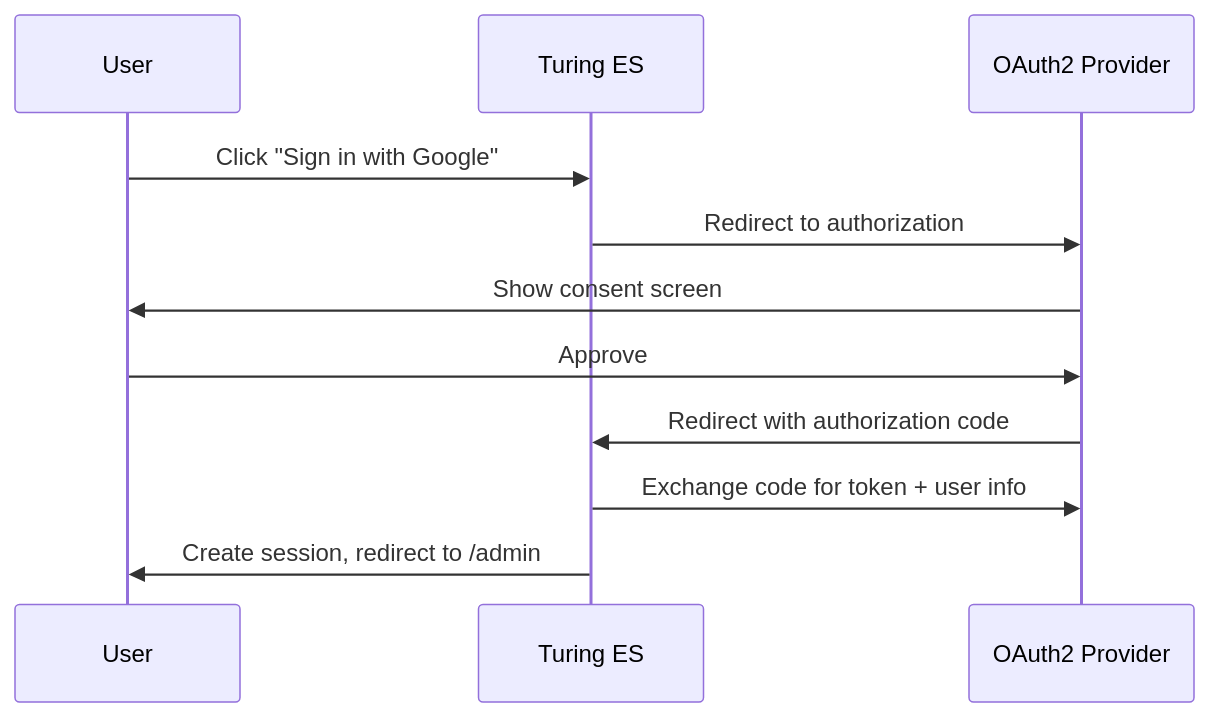
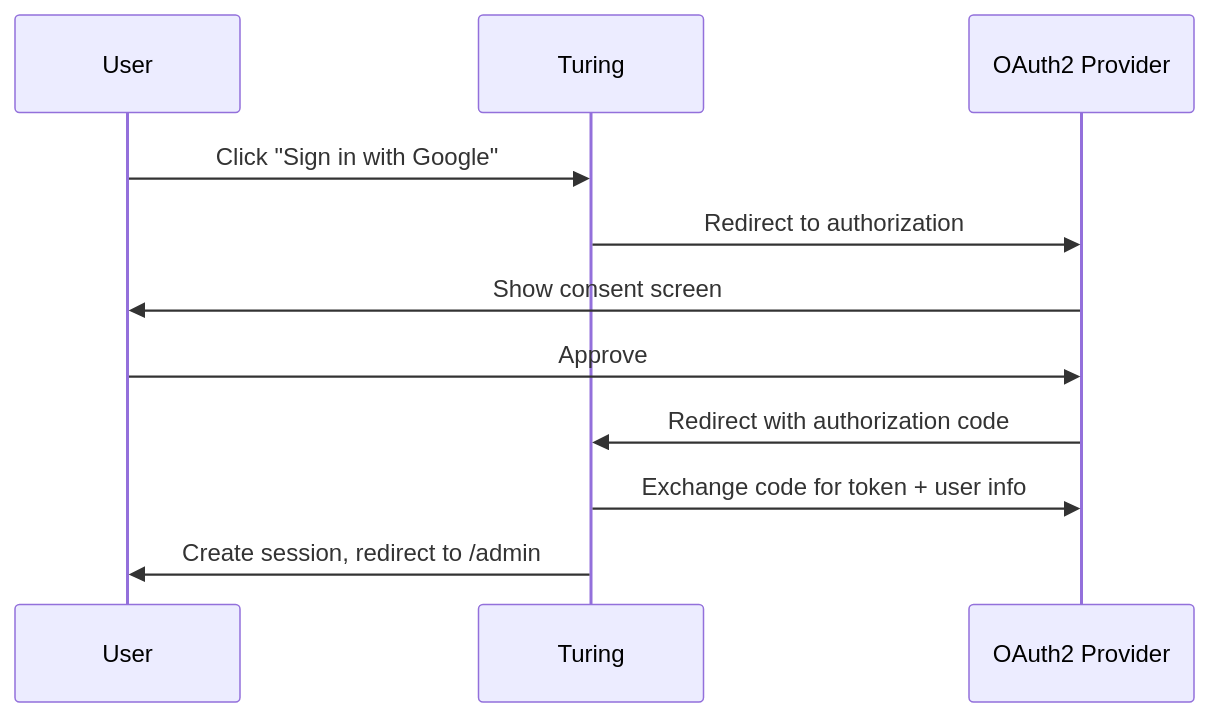
The diagram in docs-turing/security-social-login.md (openviglet/docs), drawn with Mermaid before and after one commit. The commit also changed other lines of this file and 157 other files, not shown here.

````diff
--- a/docs-turing/security-social-login.md
+++ b/docs-turing/security-social-login.md
@@ -17,14 +17,14 @@
 ```mermaid
 sequenceDiagram
     participant User
-    participant Turing ES
+    participant Turing
     participant OAuth2 Provider
 
-    User->>Turing ES: Click "Sign in with Google"
-    Turing ES->>OAuth2 Provider: Redirect to authorization
+    User->>Turing: Click "Sign in with Google"
+    Turing->>OAuth2 Provider: Redirect to authorization
     OAuth2 Provider->>User: Show consent screen
     User->>OAuth2 Provider: Approve
-    OAuth2 Provider->>Turing ES: Redirect with authorization code
-    Turing ES->>OAuth2 Provider: Exchange code for token + user info
-    Turing ES->>User: Create session, redirect to /admin
+    OAuth2 Provider->>Turing: Redirect with authorization code
+    Turing->>OAuth2 Provider: Exchange code for token + user info
+    Turing->>User: Create session, redirect to /admin
 ```
````
